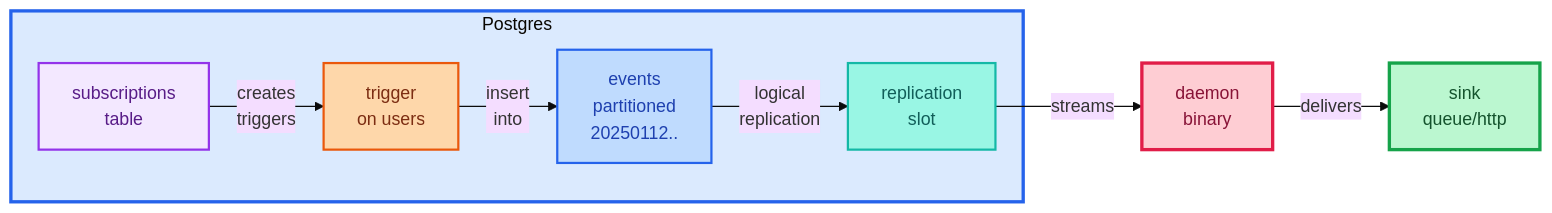
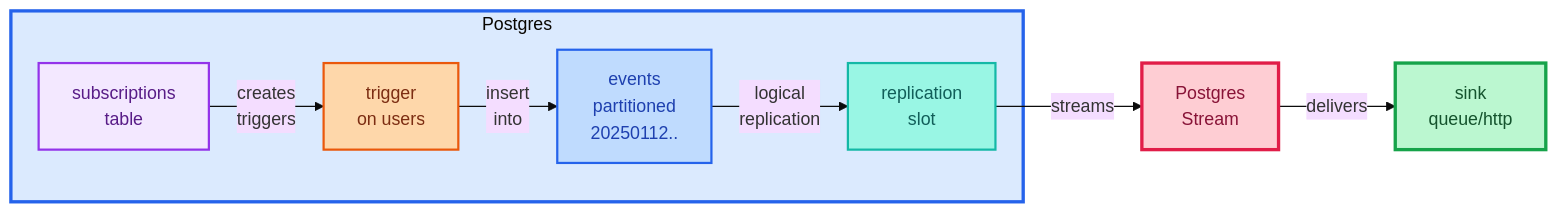
The diagram in README.md (psteinroe/postgres-stream), drawn with Mermaid (base theme) before and after one commit. The commit also changed other lines of this file, not shown here.

Commit message:
chore: run the daemon

````diff
--- a/README.md
+++ b/README.md
@@ -12,18 +12,18 @@
 ```mermaid
 flowchart LR
     subgraph Postgres
         A[subscriptions<br/>table] -->|creates<br/>triggers| B[trigger<br/>on users]
         B -->|insert<br/>into| C[events<br/>partitioned<br/>20250112..]
         C -->|logical<br/>replication| D[replication<br/>slot]
     end
-    D -->|streams| E[daemon<br/>binary]
+    D -->|streams| E[Postgres<br/>Stream]
     E -->|delivers| F[sink<br/>queue/http]
 
     style Postgres fill:#dbeafe,stroke:#2563eb,stroke-width:3px
     style A fill:#f3e8ff,stroke:#9333ea,stroke-width:2px,color:#581c87
     style B fill:#fed7aa,stroke:#ea580c,stroke-width:2px,color:#7c2d12
     style C fill:#bfdbfe,stroke:#2563eb,stroke-width:2px,color:#1e40af
     style D fill:#99f6e4,stroke:#14b8a6,stroke-width:2px,color:#115e59
     style E fill:#fecdd3,stroke:#e11d48,stroke-width:3px,color:#881337
     style F fill:#bbf7d0,stroke:#16a34a,stroke-width:3px,color:#14532d
 ```
````
